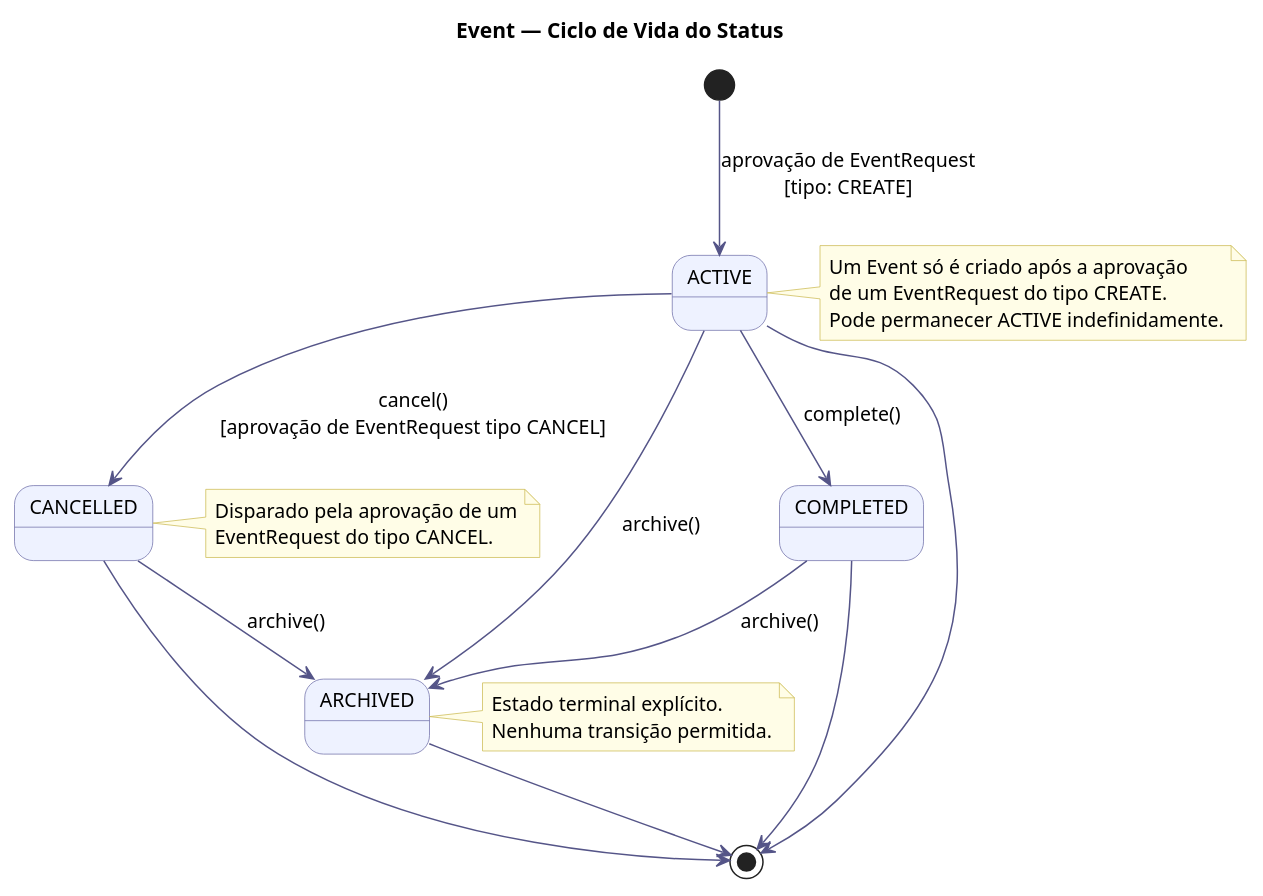
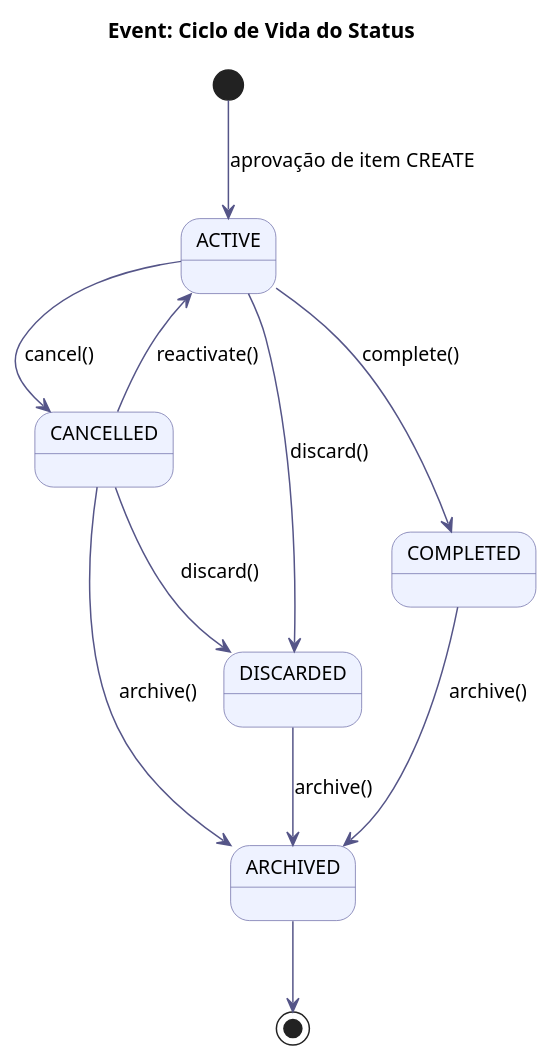
Before and after one commit to Neoguara/rooms-diagrams: the diagram in src/plantuml/estado/event_status.puml, drawn with PlantUML. The commit also changed 7 other files, not shown here.

Commit message:
update diagrams

```diff
--- a/src/plantuml/estado/event_status.puml
+++ b/src/plantuml/estado/event_status.puml
@@ -1,45 +1,30 @@
 @startuml event_status
 
-title Event — Ciclo de Vida do Status
+title Event: Ciclo de Vida do Status
 
 skinparam state {
   BackgroundColor #EEF2FF
   BorderColor #7070AA
   ArrowColor #555588
   FontSize 13
 }
 skinparam noteBackgroundColor #FFFDE7
 skinparam noteBorderColor #CCBB55
 
-[*] --> ACTIVE : aprovação de EventRequest\n[tipo: CREATE]
+[*] --> ACTIVE : aprovação de item CREATE
 
-ACTIVE --> CANCELLED : cancel()\n[aprovação de EventRequest tipo CANCEL]
-ACTIVE --> COMPLETED : complete()
-ACTIVE --> ARCHIVED  : archive()
-ACTIVE --> [*]
+ACTIVE    --> CANCELLED : cancel()
+CANCELLED --> ACTIVE    : reactivate()
+
+ACTIVE    --> DISCARDED : discard()
+CANCELLED --> DISCARDED : discard()
+
+ACTIVE    --> COMPLETED : complete()
 
 CANCELLED --> ARCHIVED : archive()
-CANCELLED --> [*]
-
 COMPLETED --> ARCHIVED : archive()
-COMPLETED --> [*]
+DISCARDED --> ARCHIVED : archive()
 
 ARCHIVED --> [*]
 
-note right of ACTIVE
-  Um Event só é criado após a aprovação
-  de um EventRequest do tipo CREATE.
-  Pode permanecer ACTIVE indefinidamente.
-end note
-
-note right of CANCELLED
-  Disparado pela aprovação de um
-  EventRequest do tipo CANCEL.
-end note
-
-note right of ARCHIVED
-  Estado terminal explícito.
-  Nenhuma transição permitida.
-end note
-
 @enduml
```
